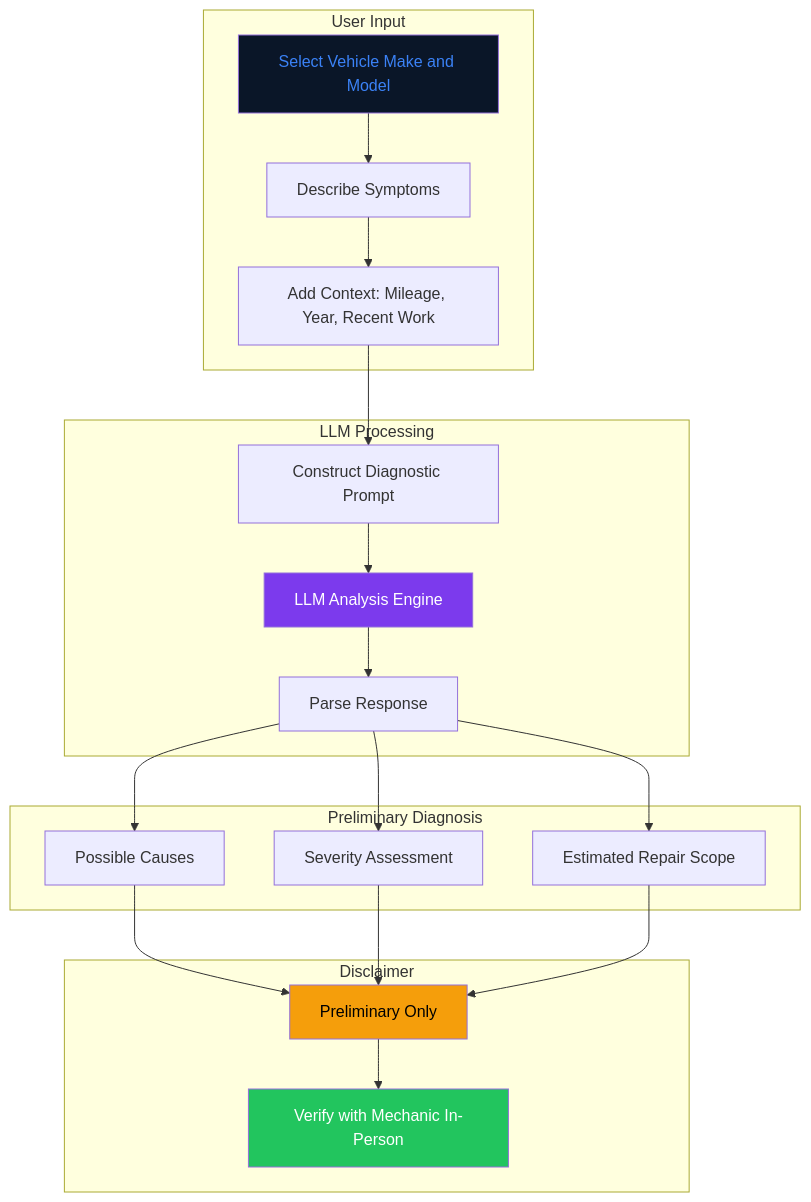
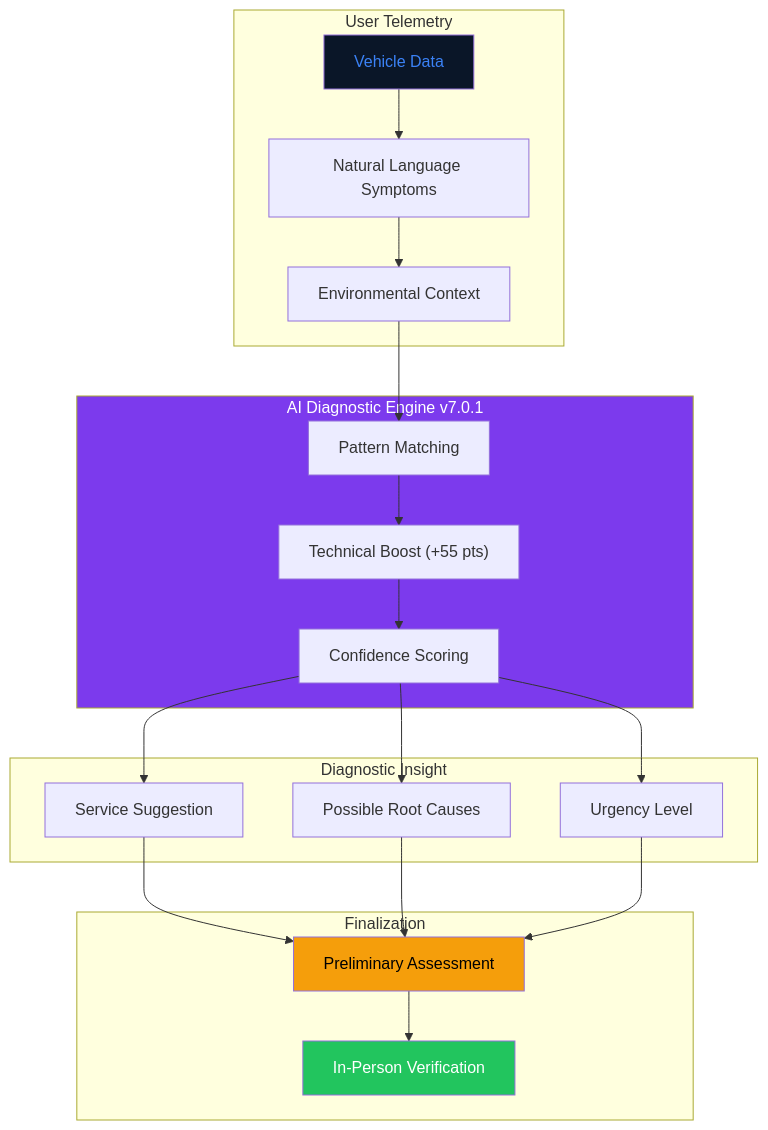
One commit to mulkymalikuldhrs/oke-mekanik-mobile-service changed the second of 3 diagrams in README.md. Above: the diagram before and after it, drawn with Mermaid. The commit also changed other lines of this file and 19 other files, not shown here.

````diff
--- a/README.md
+++ b/README.md
@@ -77,31 +78,31 @@
 ```mermaid
 flowchart TB
-    subgraph Input["User Input"]
-        Start["Select Vehicle Make and Model"] --> Symptoms["Describe Symptoms"]
-        Symptoms --> Context["Add Context: Mileage, Year, Recent Work"]
+    subgraph Input["User Telemetry"]
+        Start["Vehicle Data"] --> Symptoms["Natural Language Symptoms"]
+        Symptoms --> Context["Environmental Context"]
     end
 
-    subgraph LLMProc["LLM Processing"]
-        Context --> Prompt["Construct Diagnostic Prompt"]
-        Prompt --> LLM["LLM Analysis Engine"]
-        LLM --> Parse["Parse Response"]
+    subgraph Engine["AI Diagnostic Engine v7.0.1"]
+        Context --> Pattern["Pattern Matching"]
+        Pattern --> Technical["Technical Boost (+55 pts)"]
+        Technical --> Scoring["Confidence Scoring"]
     end
 
-    subgraph Diagnosis["Preliminary Diagnosis"]
-        Parse --> Causes["Possible Causes"]
-        Parse --> Severity["Severity Assessment"]
-        Parse --> Estimate["Estimated Repair Scope"]
+    subgraph Output["Diagnostic Insight"]
+        Scoring --> Suggestion["Service Suggestion"]
+        Scoring --> Causes["Possible Root Causes"]
+        Scoring --> Urgency["Urgency Level"]
     end
 
-    subgraph Disclaimer["Disclaimer"]
-        Causes --> Warning["Preliminary Only"]
-        Severity --> Warning
-        Estimate --> Warning
-        Warning --> Mechanic["Verify with Mechanic In-Person"]
+    subgraph Finalize["Finalization"]
+        Suggestion --> Warning["Preliminary Assessment"]
+        Causes --> Warning
+        Urgency --> Warning
+        Warning --> Mechanic["In-Person Verification"]
     end
 
     style Start fill:#0a1628,color:#3b82f6
-    style LLM fill:#7c3aed,color:#fff
+    style Engine fill:#7c3aed,color:#fff
     style Warning fill:#f59e0b,color:#000
     style Mechanic fill:#22c55e,color:#fff
 ```
````
